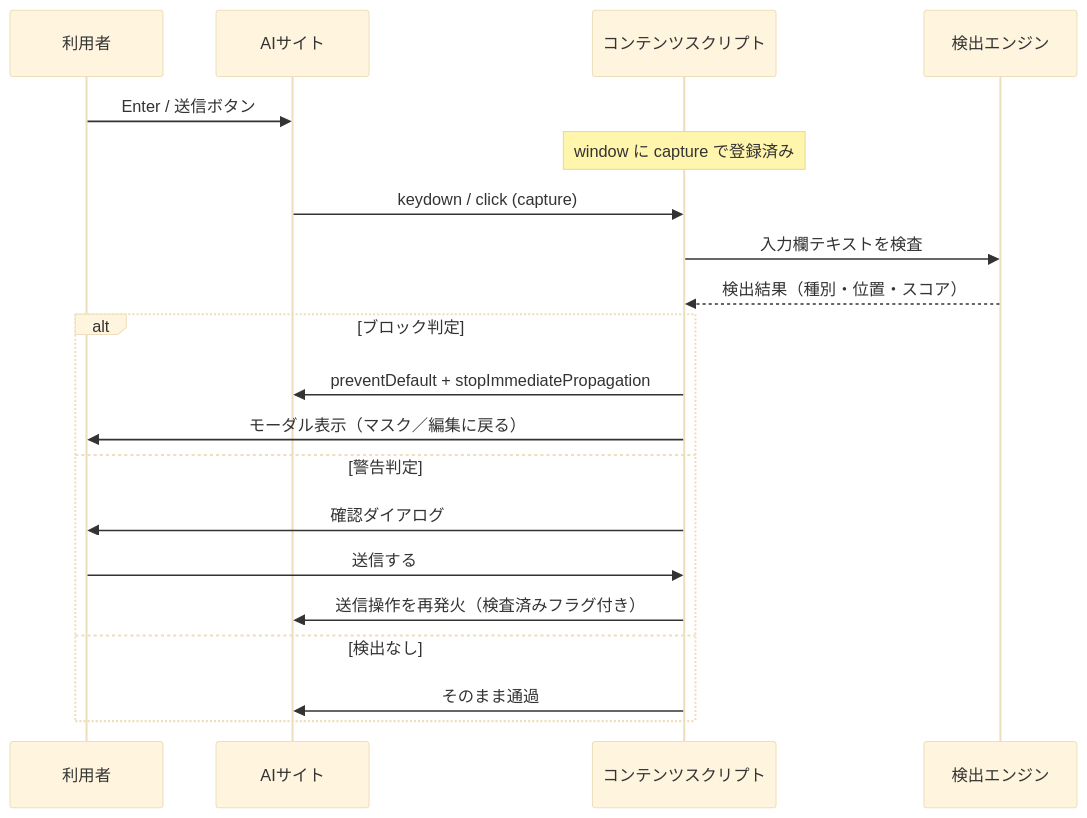
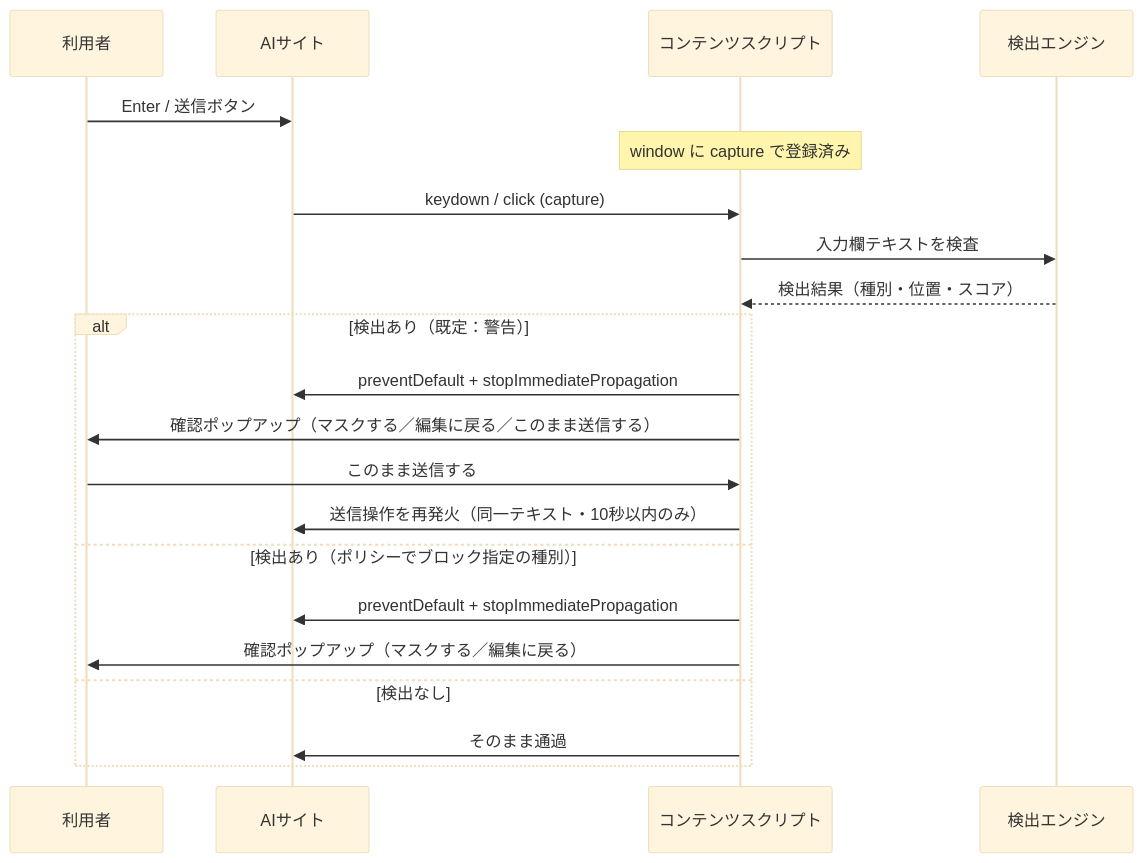
The second of 2 diagrams in docs/pii-guard-development-doc.md (KohheiAdachi/genai-pii-blocker), drawn with Mermaid (base theme) before and after one commit. The commit also changed other lines of this file, not shown here.

````diff
--- a/docs/pii-guard-development-doc.md
+++ b/docs/pii-guard-development-doc.md
@@ -192,22 +194,23 @@
 ```mermaid
 sequenceDiagram
     participant User as 利用者
     participant Page as AIサイト
     participant CS as コンテンツスクリプト
     participant DE as 検出エンジン
     User->>Page: Enter / 送信ボタン
     Note over CS: window に capture で登録済み
     Page->>CS: keydown / click (capture)
     CS->>DE: 入力欄テキストを検査
     DE-->>CS: 検出結果（種別・位置・スコア）
-    alt ブロック判定
+    alt 検出あり（既定：警告）
         CS->>Page: preventDefault + stopImmediatePropagation
-        CS->>User: モーダル表示（マスク／編集に戻る）
-    else 警告判定
-        CS->>User: 確認ダイアログ
-        User->>CS: 送信する
-        CS->>Page: 送信操作を再発火（検査済みフラグ付き）
+        CS->>User: 確認ポップアップ（マスクする／編集に戻る／このまま送信する）
+        User->>CS: このまま送信する
+        CS->>Page: 送信操作を再発火（同一テキスト・10秒以内のみ）
+    else 検出あり（ポリシーでブロック指定の種別）
+        CS->>Page: preventDefault + stopImmediatePropagation
+        CS->>User: 確認ポップアップ（マスクする／編集に戻る）
     else 検出なし
         CS->>Page: そのまま通過
     end
 ```
````
